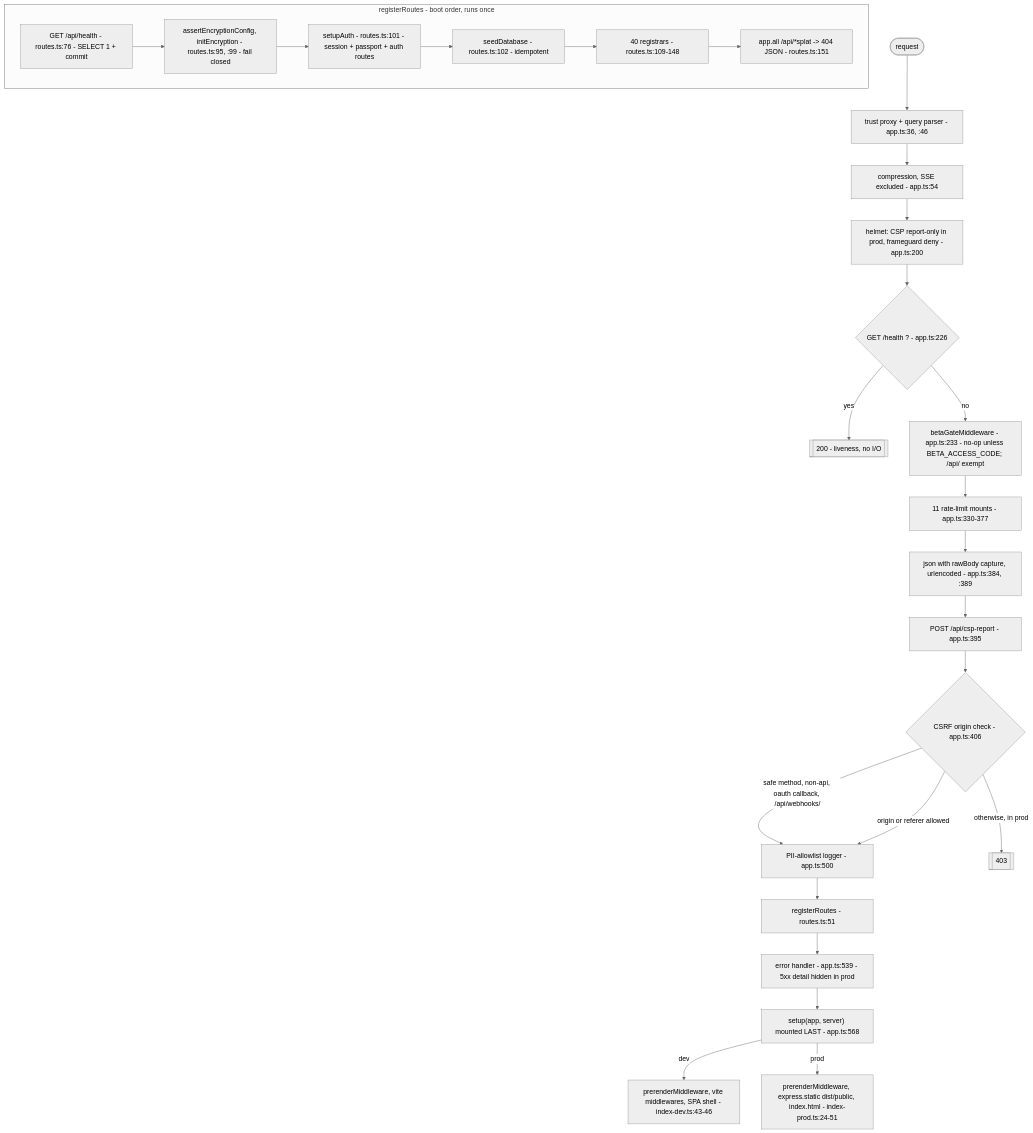
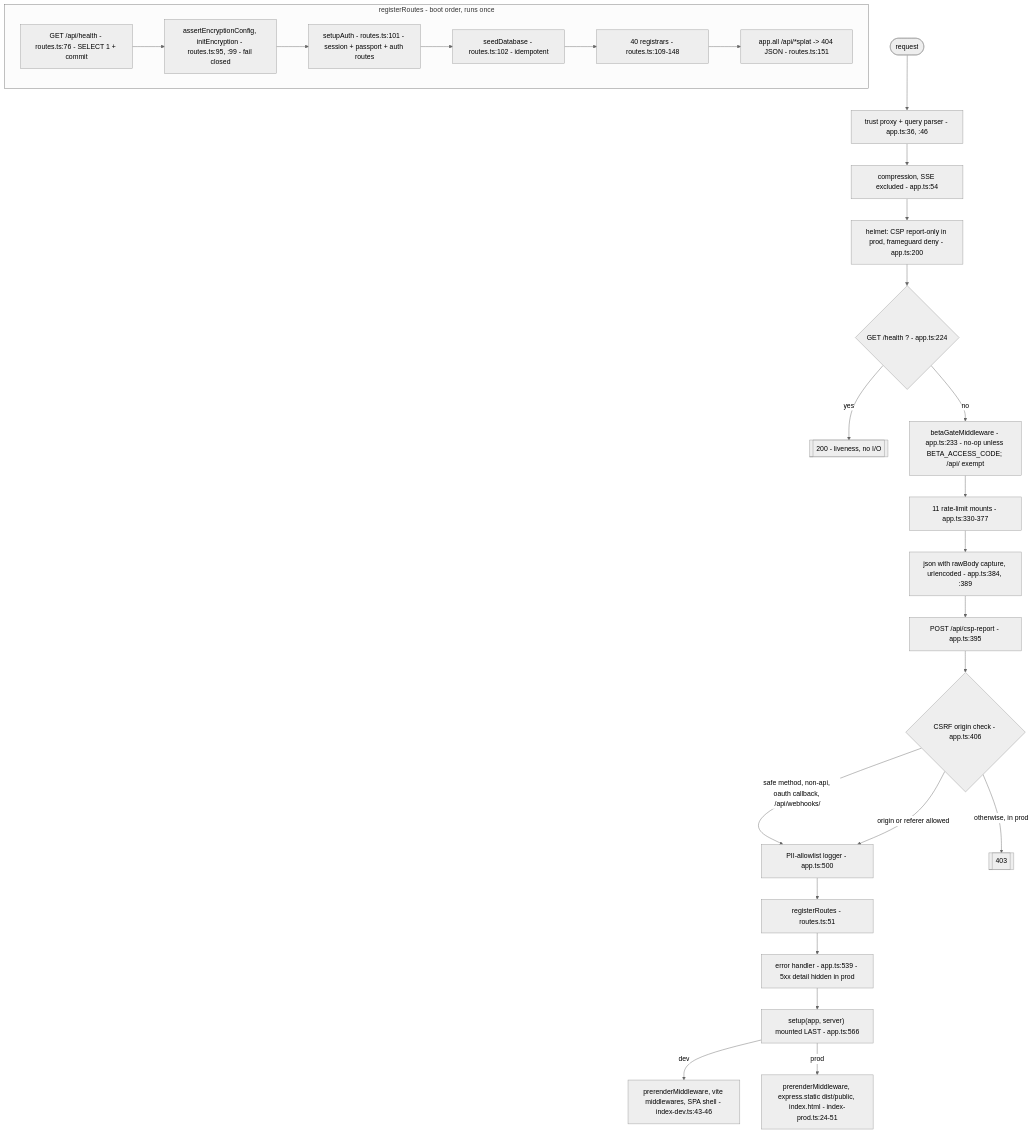
The diagram in knowledge-base/handoff/01-architecture-request-lifecycle.md (barakatammre84/Homiquity), drawn with Mermaid (neutral theme) before and after one commit. The commit also changed other lines of this file and 14 other files, not shown here.

````diff
--- a/knowledge-base/handoff/01-architecture-request-lifecycle.md
+++ b/knowledge-base/handoff/01-architecture-request-lifecycle.md
@@ -36,28 +36,28 @@
 ```mermaid
 flowchart TD
   REQ([request]) --> TP["trust proxy + query parser - app.ts:36, :46"]
   TP --> CMP["compression, SSE excluded - app.ts:54"]
   CMP --> HLM["helmet: CSP report-only in prod, frameguard deny - app.ts:200"]
-  HLM --> HLT{"GET /health ? - app.ts:226"}
+  HLM --> HLT{"GET /health ? - app.ts:224"}
   HLT -- yes --> LIVE[["200 - liveness, no I/O"]]
   HLT -- no --> BG["betaGateMiddleware - app.ts:233 - no-op unless BETA_ACCESS_CODE; /api/ exempt"]
   BG --> RL["11 rate-limit mounts - app.ts:330-377"]
   RL --> BODY["json with rawBody capture, urlencoded - app.ts:384, :389"]
   BODY --> CSPR["POST /api/csp-report - app.ts:395"]
   CSPR --> CSRF{"CSRF origin check - app.ts:406"}
   CSRF -- "safe method, non-api, oauth callback, /api/webhooks/" --> LOG
   CSRF -- "origin or referer allowed" --> LOG
   CSRF -- "otherwise, in prod" --> F403[["403"]]
   LOG["PII-allowlist logger - app.ts:500"] --> RR["registerRoutes - routes.ts:51"]
   subgraph BOOT["registerRoutes - boot order, runs once"]
     H1["GET /api/health - routes.ts:76 - SELECT 1 + commit"] --> H2["assertEncryptionConfig, initEncryption - routes.ts:95, :99 - fail closed"]
     H2 --> H3["setupAuth - routes.ts:101 - session + passport + auth routes"]
     H3 --> H4["seedDatabase - routes.ts:102 - idempotent"]
     H4 --> H5["40 registrars - routes.ts:109-148"]
     H5 --> H6["app.all /api/*splat -> 404 JSON - routes.ts:151"]
   end
   RR --> ERR["error handler - app.ts:539 - 5xx detail hidden in prod"]
-  ERR --> SETUP["setup(app, server) mounted LAST - app.ts:568"]
+  ERR --> SETUP["setup(app, server) mounted LAST - app.ts:566"]
   SETUP -- dev --> DEV["prerenderMiddleware, vite middlewares, SPA shell - index-dev.ts:43-46"]
   SETUP -- prod --> PRD["prerenderMiddleware, express.static dist/public, index.html - index-prod.ts:24-51"]
 ```
````
